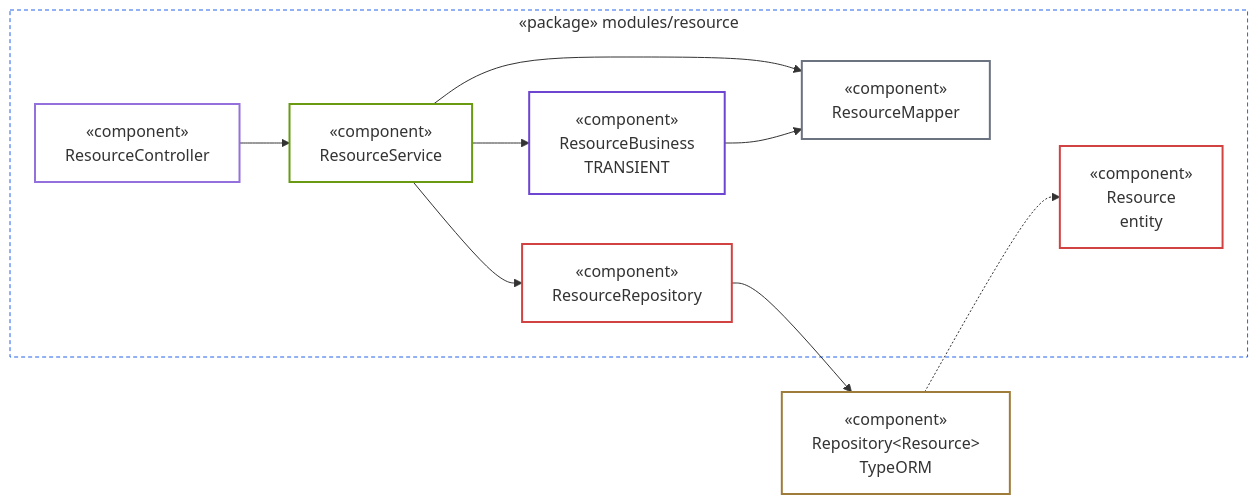
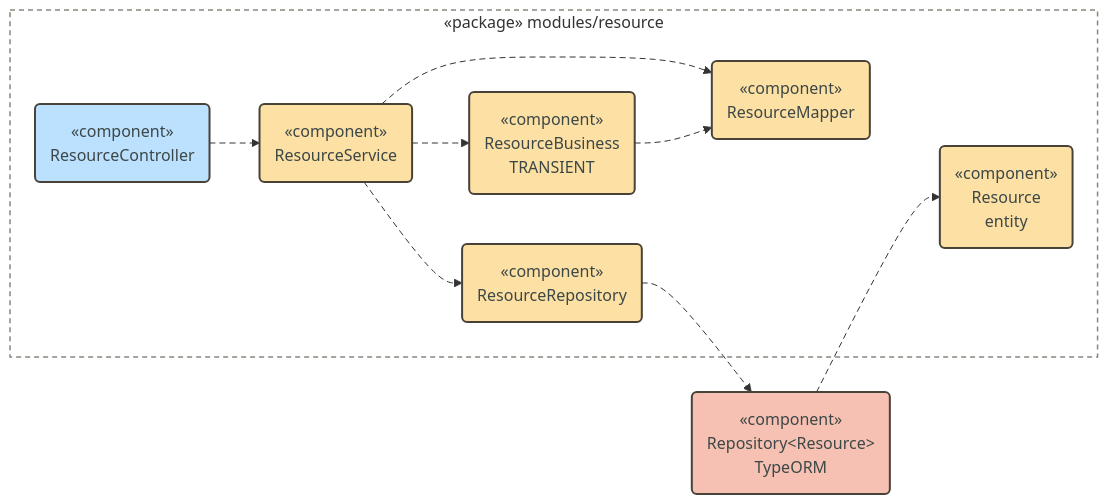
Before and after one commit to pcarroza91/nest-template: the fifth of 19 diagrams in docs/architecture.md, drawn with Mermaid. The commit also changed other lines of this file and 2 other files, not shown here.

First line of the commit message:
docs(architecture): aplica el estilo pastel por rol a los diagramas Mermaid

````diff
--- a/docs/architecture.md
+++ b/docs/architecture.md
@@ -188,33 +174,28 @@
 ```mermaid
 flowchart LR
     subgraph RES["«package» modules/resource"]
-        CTRL["«component»<br/>ResourceController"]
-        SVC["«component»<br/>ResourceService"]
-        BIZ["«component»<br/>ResourceBusiness<br/>TRANSIENT"]
-        REPO["«component»<br/>ResourceRepository"]
-        MAP["«component»<br/>ResourceMapper"]
-        ENT["«component»<br/>Resource<br/>entity"]
+        CTRL("«component»<br/>ResourceController")
+        SVC("«component»<br/>ResourceService")
+        BIZ("«component»<br/>ResourceBusiness<br/>TRANSIENT")
+        REPO("«component»<br/>ResourceRepository")
+        MAP("«component»<br/>ResourceMapper")
+        ENT("«component»<br/>Resource<br/>entity")
     end
-    ORM["«component»<br/>Repository&lt;Resource&gt;<br/>TypeORM"]
+    ORM("«component»<br/>Repository&lt;Resource&gt;<br/>TypeORM")
 
     CTRL --> SVC
     SVC --> REPO & BIZ & MAP
     BIZ --> MAP
     REPO --> ORM
     ORM -.-> ENT
 
-    classDef pkgFeature fill:transparent,stroke:#2563eb,stroke-dasharray:4 3
-    classDef root fill:transparent,stroke-width:2px
-    classDef service fill:transparent,stroke:#6a9a12,stroke-width:2px
-    classDef store fill:transparent,stroke:#6d45d1,stroke-width:2px
-    classDef core fill:transparent,stroke:#d14343,stroke-width:2px
-    classDef pure fill:transparent,stroke:#6b7280,stroke-width:2px
-    classDef ext fill:transparent,stroke:#a07c3b,stroke-width:2px
-    class RES pkgFeature
-    class CTRL root
-    class SVC service
-    class BIZ store
-    class REPO,ENT core
-    class MAP pure
+    classDef entry fill:#bce1ff,stroke:#494238,stroke-width:2px,color:#3c4747
+    classDef domain fill:#fde0a3,stroke:#494238,stroke-width:2px,color:#3c4747
+    classDef ext fill:#f6c1b2,stroke:#494238,stroke-width:2px,color:#3c4747
+    classDef pkg fill:transparent,stroke:#8a857d,stroke-width:1.5px,stroke-dasharray:5 4
+    class CTRL entry
+    class SVC,BIZ,REPO,MAP,ENT domain
     class ORM ext
+    class RES pkg
+    linkStyle default stroke-dasharray:6 4
 ```
````
